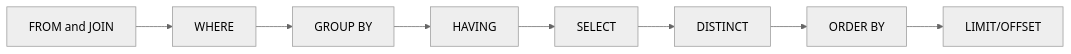
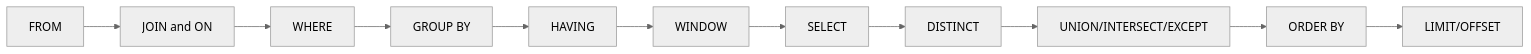
Diagram 14 of 54 in posts/cs/Database.md (kimmandoo/blog), drawn with Mermaid (neutral theme) before and after one commit. The commit also changed other lines of this file, not shown here.

````diff
--- a/posts/cs/Database.md
+++ b/posts/cs/Database.md
@@ -432,4 +432,13 @@
 ```mermaid
 flowchart LR
-  F[FROM and JOIN] --> W[WHERE] --> G[GROUP BY] --> H[HAVING] --> S[SELECT] --> D[DISTINCT] --> O[ORDER BY] --> L["LIMIT/OFFSET"]
+  F[FROM] --> J["JOIN and ON"]
+  J --> W[WHERE]
+  W --> G[GROUP BY]
+  G --> H[HAVING]
+  H --> WIN[WINDOW]
+  WIN --> S[SELECT]
+  S --> D[DISTINCT]
+  D --> U["UNION/INTERSECT/EXCEPT"]
+  U --> O[ORDER BY]
+  O --> L["LIMIT/OFFSET"]
 ```
````
